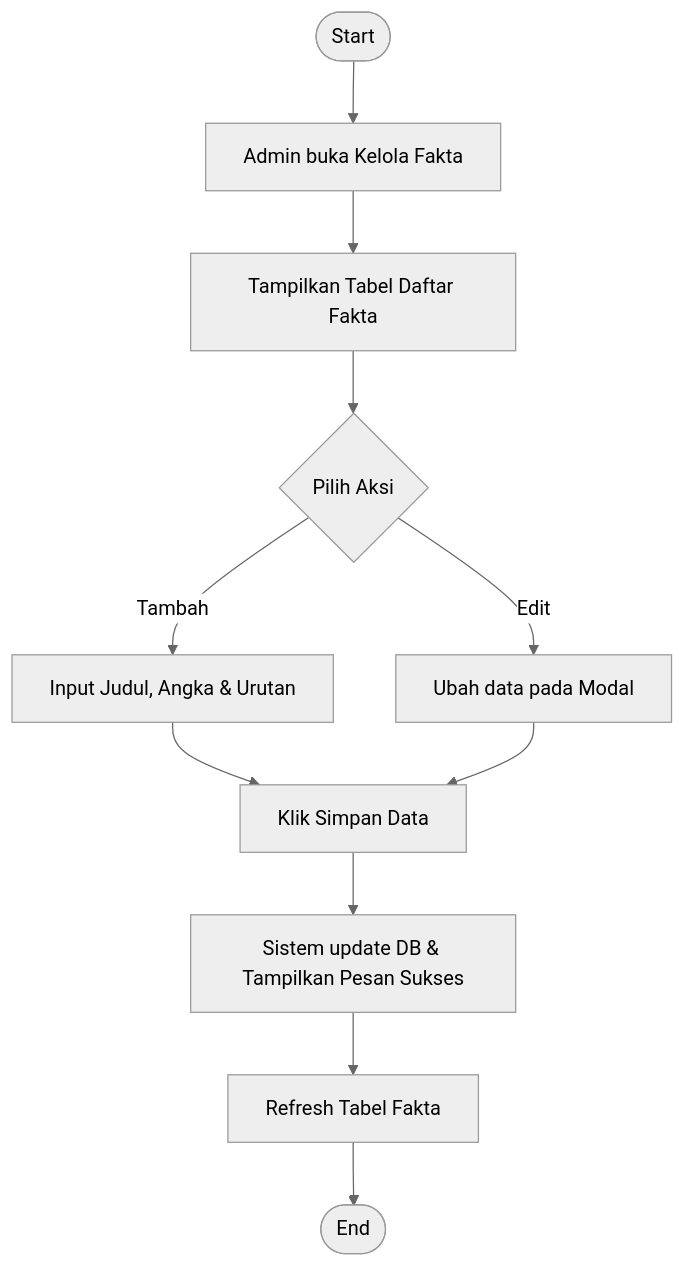
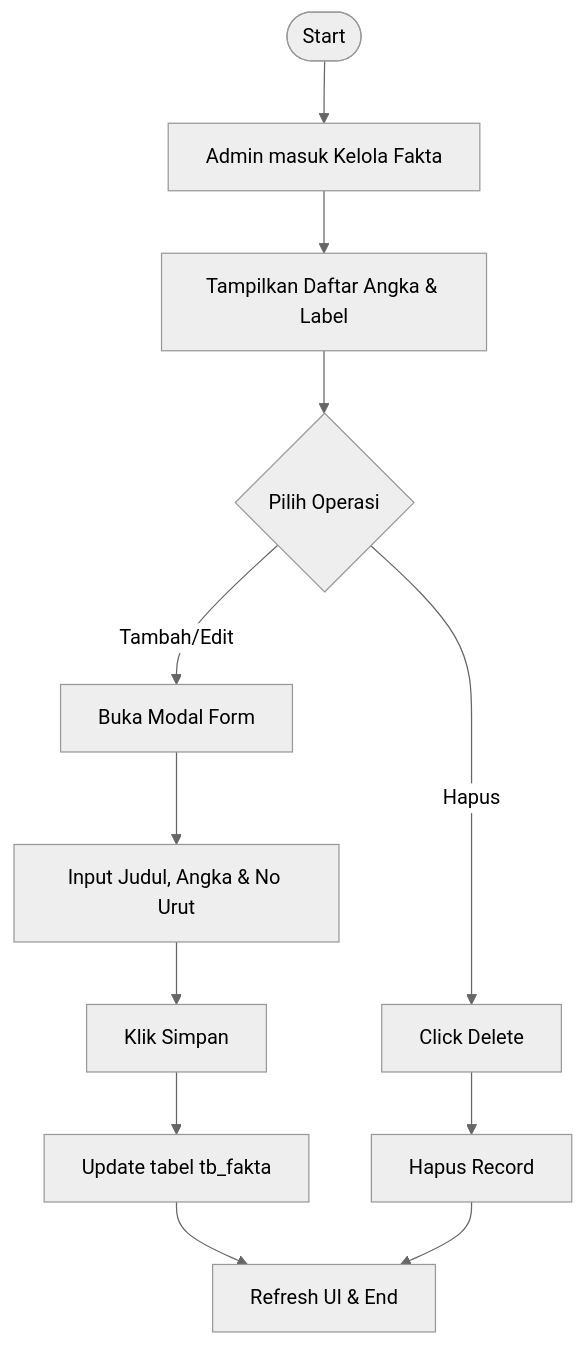
The fourth of 4 diagrams in docs/activity_diagram_profil.md (arbain-dev/Web_fikom), drawn with Mermaid (neutral theme) before and after one commit. The commit also changed other lines of this file, not shown here.

Commit message:
docs: enhance profile activity diagrams with comprehensive feature details

````diff
--- a/docs/activity_diagram_profil.md
+++ b/docs/activity_diagram_profil.md
@@ -77,16 +94,17 @@
 ```mermaid
 flowchart TD
-    Start([Start]) --> OpenFakta[Admin buka Kelola Fakta]
-    OpenFakta --> ShowList[Tampilkan Tabel Daftar Fakta]
+    Start([Start]) --> OpenFakta[Admin masuk Kelola Fakta]
+    OpenFakta --> Table[Tampilkan Daftar Angka & Label]
     
-    ShowList --> Action{Pilih Aksi}
-    Action -- "Tambah" --> ModalTambah[Input Judul, Angka & Urutan]
-    Action -- "Edit" --> ModalEdit[Ubah data pada Modal]
+    Table --> CRUD{Pilih Operasi}
+    CRUD -- "Tambah/Edit" --> Modal[Buka Modal Form]
+    Modal --> Input[Input Judul, Angka & No Urut]
+    Input --> Save[Klik Simpan]
+    Save --> DBUpdate[Update tabel tb_fakta]
     
-    ModalTambah --> Save[Klik Simpan Data]
-    ModalEdit --> Save
+    CRUD -- "Hapus" --> Del[Click Delete]
+    Del --> DBDelete[Hapus Record]
     
-    Save --> Notify[Sistem update DB & Tampilkan Pesan Sukses]
-    Notify --> Refresh[Refresh Tabel Fakta]
-    Refresh --> End([End])
+    DBUpdate --> Finish[Refresh UI & End]
+    DBDelete --> Finish
 ```
````
